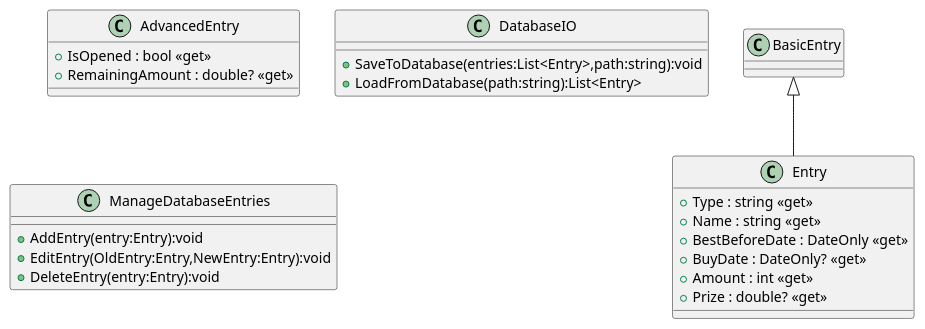
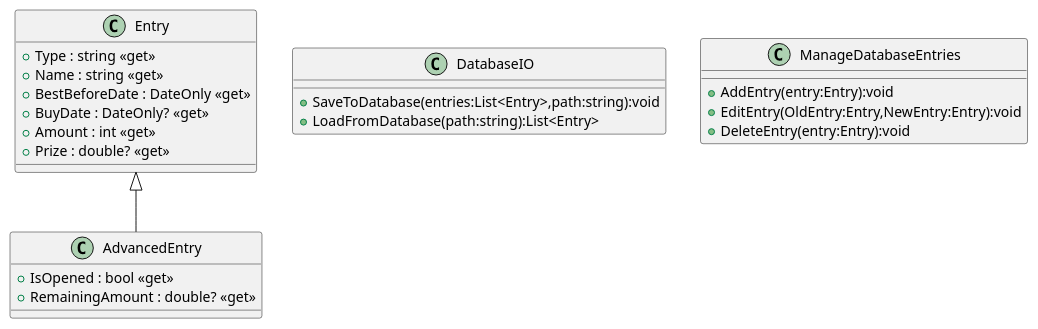
One commit to ToniMahojoni/Consume-Now-Food-Tracker changed the diagram in UML/Classes.plantuml. Above: the diagram before and after it, drawn with PlantUML.

Commit message:
#1 small changes regarding class names and variable types

```diff
--- a/UML/Classes.plantuml
+++ b/UML/Classes.plantuml
@@ -1,28 +1,28 @@
 @startuml Classes
 class Entry {
     +Type : string <<get>>
     +Name : string <<get>>
     +BestBeforeDate : DateOnly <<get>>
     +BuyDate : DateOnly? <<get>>
     +Amount : int <<get>>
     +Prize : double? <<get>>
 }
 
 class AdvancedEntry {
     +IsOpened : bool <<get>>
     +RemainingAmount : double? <<get>>
 }
 
 class DatabaseIO {
     +SaveToDatabase(entries:List<Entry>,path:string):void
     +LoadFromDatabase(path:string):List<Entry>
 }
 
 class ManageDatabaseEntries {
     +AddEntry(entry:Entry):void
     +EditEntry(OldEntry:Entry,NewEntry:Entry):void
     +DeleteEntry(entry:Entry):void
 }
 
-BasicEntry <|-- Entry
+Entry <|-- AdvancedEntry
 @enduml
```
